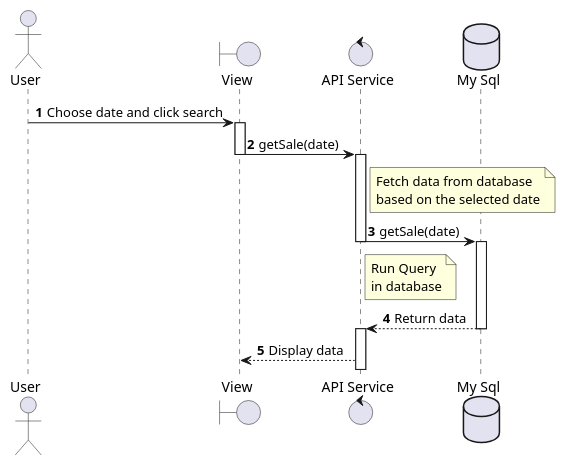
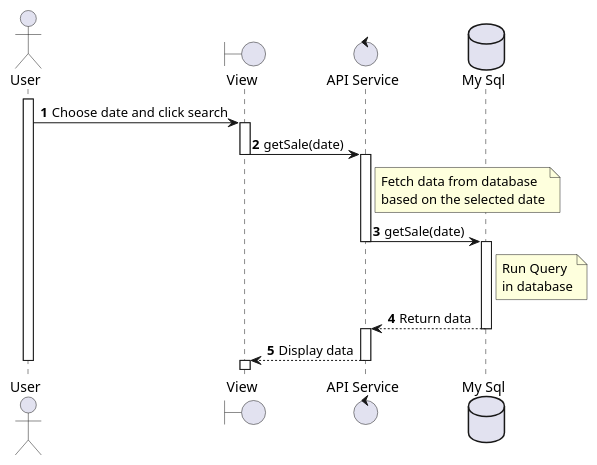
Before and after one commit to Fitranda/Diagram: the diagram in sequenceDiagram_Sale_getData.wsd, drawn with PlantUML. The commit also changed 50 other files, not shown here.

```diff
--- a/sequenceDiagram_Sale_getData.wsd
+++ b/sequenceDiagram_Sale_getData.wsd
@@ -1,15 +1,25 @@
 @startuml sequenceDiagram_Sale_getData
 actor User
 boundary "View" as View
 control "API Service" as APIService
 database "My Sql" as DB
 
 autonumber
-User -> View --++ : Choose date and click search
-View -> APIService --++ : getSale(date)
+activate User
+User -> View : Choose date and click search
+activate View
+View -> APIService : getSale(date)
+deactivate View
+activate APIService
 note right of APIService: Fetch data from database\nbased on the selected date
-APIService -> DB --++ : getSale(date)
-note right of APIService: Run Query\nin database
-DB --> APIService --++ : Return data
-APIService --> View : Display data
+APIService -> DB : getSale(date)
+deactivate APIService
+activate DB
+note right of DB: Run Query\nin database
+DB --> APIService : Return data
+deactivate DB
+activate APIService
+APIService --> View --++: Display data
+deactivate User
+deactivate APIService
 @enduml
```
